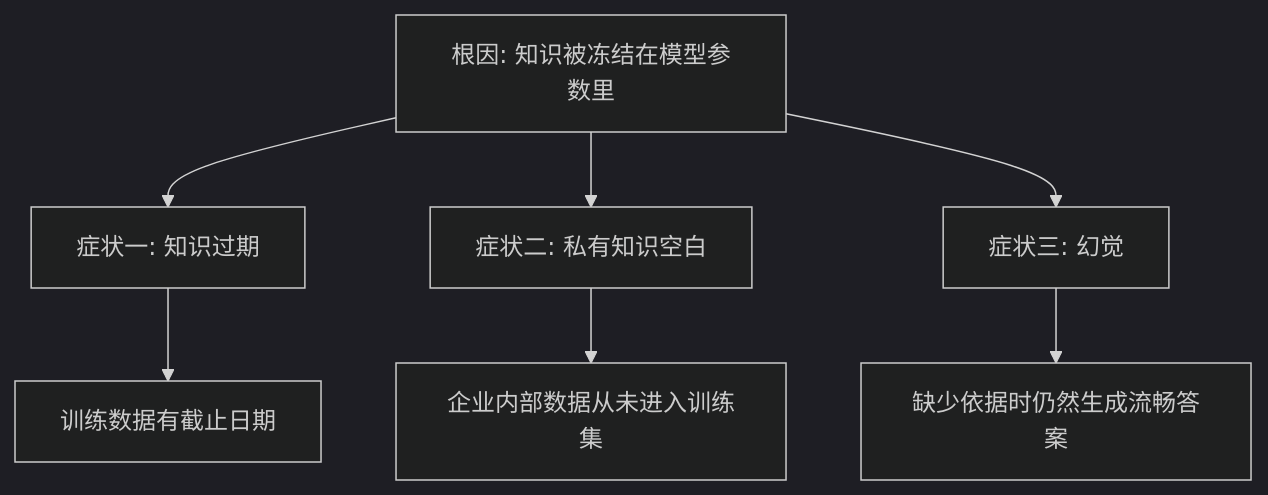
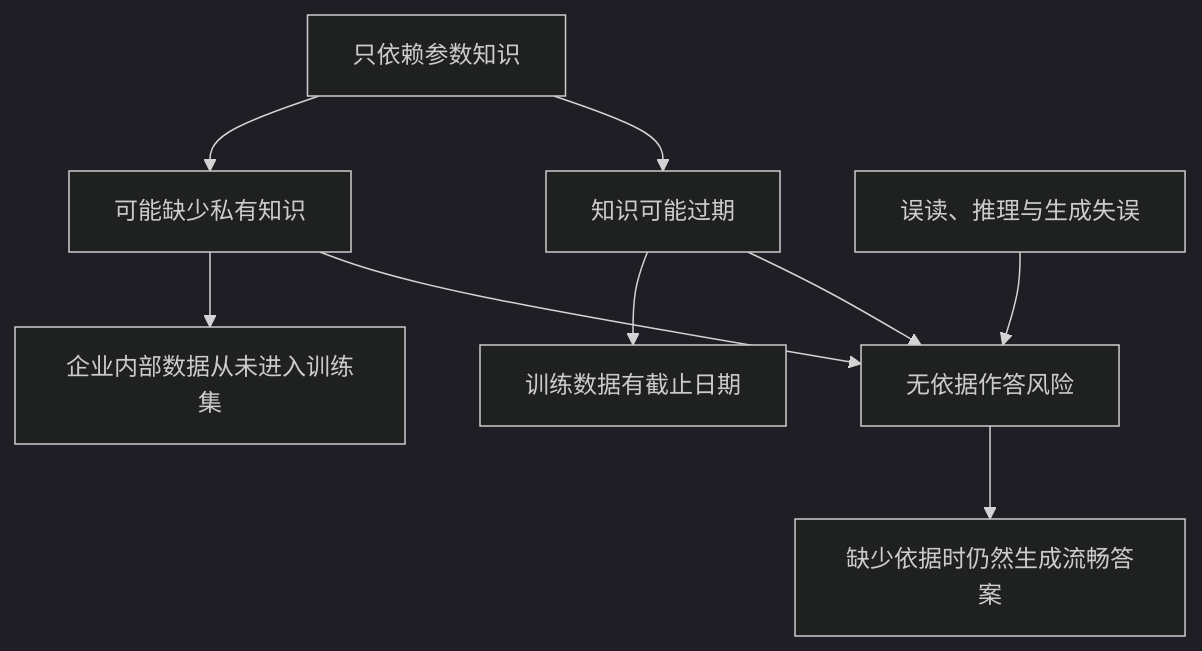
One commit to oneleaveknowsthefall/awesome-ai-roadmap changed the first of 4 diagrams in docs/rag/01-foundations/01-what-is-rag.md. Above: the diagram before and after it, drawn with Mermaid (dark theme). The commit also changed other lines of this file and 24 other files, not shown here.

````diff
--- a/docs/rag/01-foundations/01-what-is-rag.md
+++ b/docs/rag/01-foundations/01-what-is-rag.md
@@ -21,10 +21,12 @@
 ```mermaid
 flowchart TB
-    ROOT[根因: 知识被冻结在模型参数里] --> P1[症状一: 知识过期]
-    ROOT --> P2[症状二: 私有知识空白]
-    ROOT --> P3[症状三: 幻觉]
+    ROOT[只依赖参数知识] --> P1[知识可能过期]
+    ROOT --> P2[可能缺少私有知识]
+    P1 --> P3[无依据作答风险]
+    P2 --> P3
+    OTHER[误读、推理与生成失误] --> P3
 
     P1 --> D1[训练数据有截止日期]
     P2 --> D2[企业内部数据从未进入训练集]
     P3 --> D3[缺少依据时仍然生成流畅答案]
 ```
````
